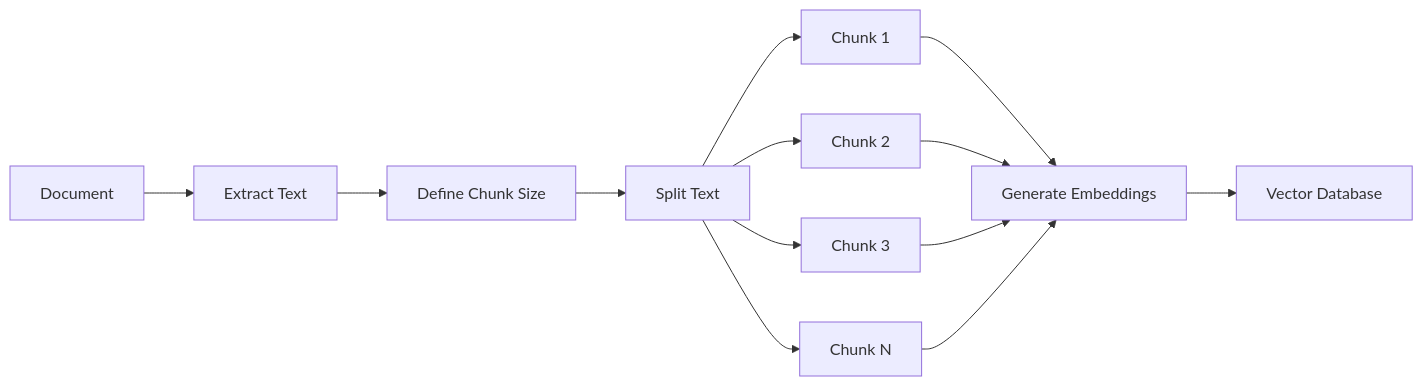
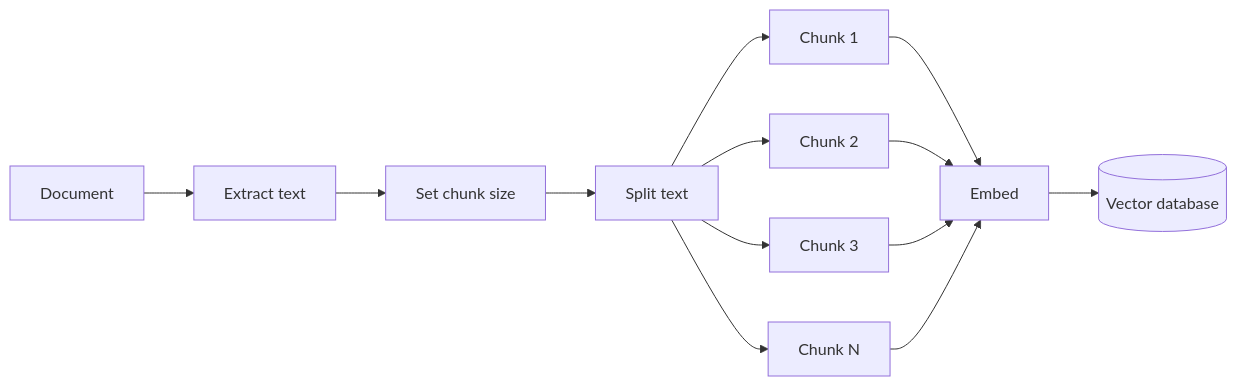
Before and after one commit to jjaaxx44/genai-personal-lab-rag: the first of 6 diagrams in app/demos/rag/chunking/README.md, drawn with Mermaid. The commit also changed other lines of this file and 32 other files, not shown here.

````diff
--- a/app/demos/rag/chunking/README.md
+++ b/app/demos/rag/chunking/README.md
@@ -15,18 +11,15 @@
 ```mermaid
 flowchart LR
-    A[Document] --> B[Extract Text]
-    B --> C[Define Chunk Size]
-    C --> D[Split Text]
-
-    D --> E[Chunk 1]
-    D --> F[Chunk 2]
-    D --> G[Chunk 3]
-    D --> H[Chunk N]
-
-    E --> I[Generate Embeddings]
-    F --> I
-    G --> I
-    H --> I
-
-    I --> J[Vector Database]
+  A["Document"] --> B["Extract text"]
+  B --> C["Set chunk size"]
+  C --> D["Split text"]
+  D --> E["Chunk 1"]
+  D --> F["Chunk 2"]
+  D --> G["Chunk 3"]
+  D --> H["Chunk N"]
+  E --> I["Embed"]
+  F --> I
+  G --> I
+  H --> I
+  I --> J[("Vector database")]
 ```
````
